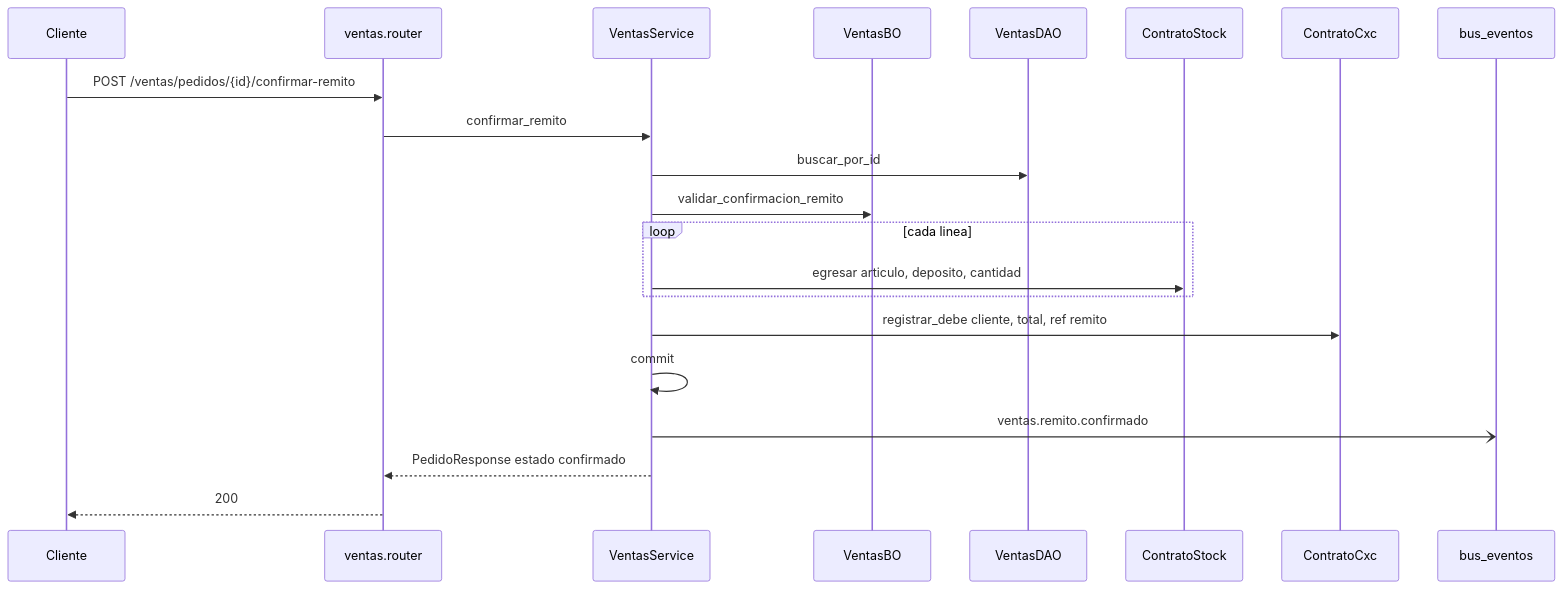
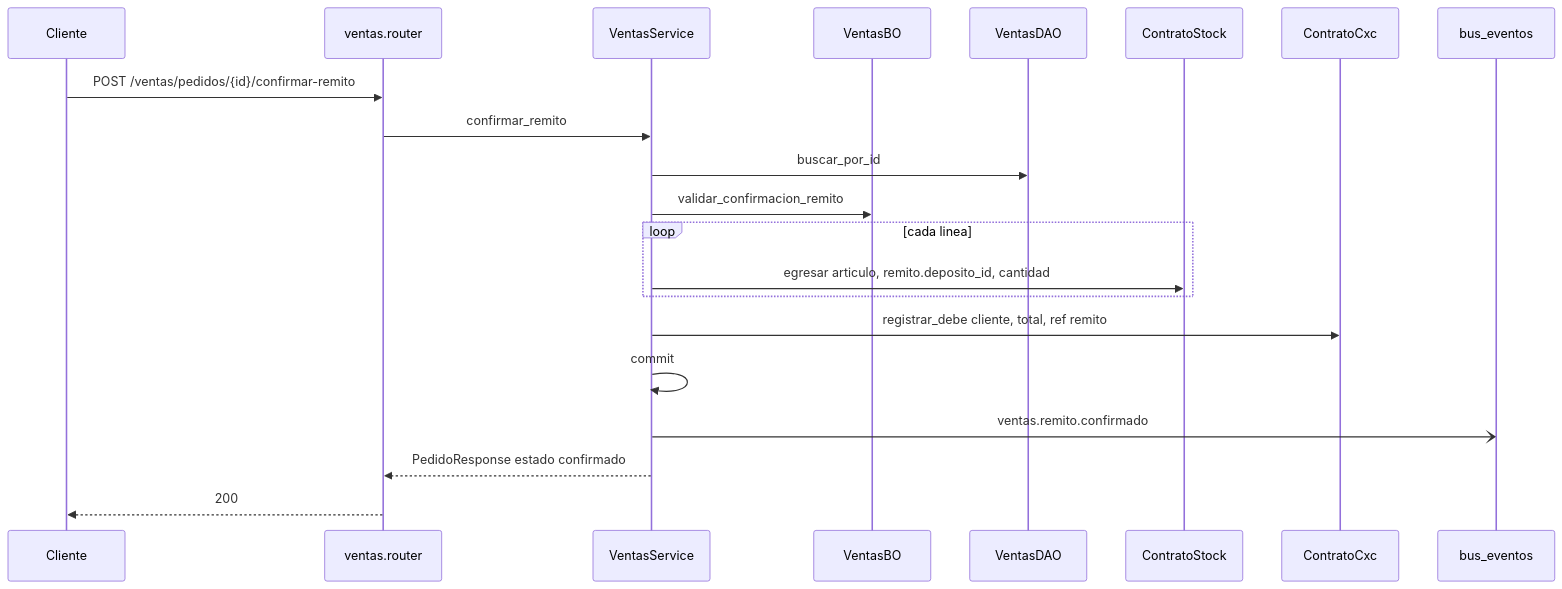
One commit to estsan3/ventas360-api changed the first of 2 diagrams in docs/diagramas/ventas.md. Above: the diagram before and after it, drawn with Mermaid. The commit also changed other lines of this file and 20 other files, not shown here.

First line of the commit message:
docs: diagramas de secuencia por módulo (sync 2026-09-22)

````diff
--- a/docs/diagramas/ventas.md
+++ b/docs/diagramas/ventas.md
@@ -8,24 +8,24 @@
 ```mermaid
 sequenceDiagram
     participant Cliente
     participant Router as ventas.router
     participant Service as VentasService
     participant BO as VentasBO
     participant DAO as VentasDAO
     participant Stock as ContratoStock
     participant Cxc as ContratoCxc
     participant Bus as bus_eventos
 
     Cliente->>Router: POST /ventas/pedidos/{id}/confirmar-remito
     Router->>Service: confirmar_remito
     Service->>DAO: buscar_por_id
     Service->>BO: validar_confirmacion_remito
     loop cada linea
-        Service->>Stock: egresar articulo, deposito, cantidad
+        Service->>Stock: egresar articulo, remito.deposito_id, cantidad
     end
     Service->>Cxc: registrar_debe cliente, total, ref remito
     Service->>Service: commit
     Service-)Bus: ventas.remito.confirmado
     Service-->>Router: PedidoResponse estado confirmado
     Router-->>Cliente: 200
 ```
````
